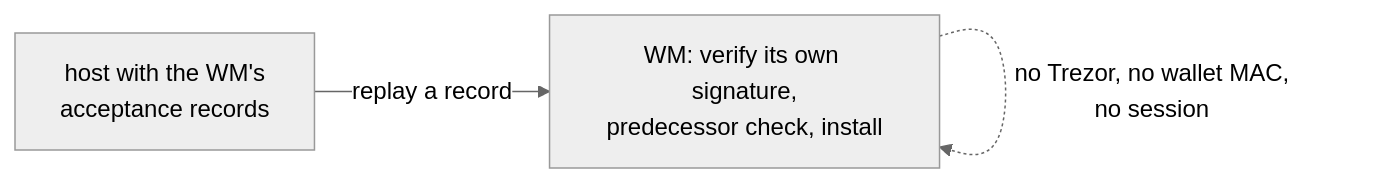
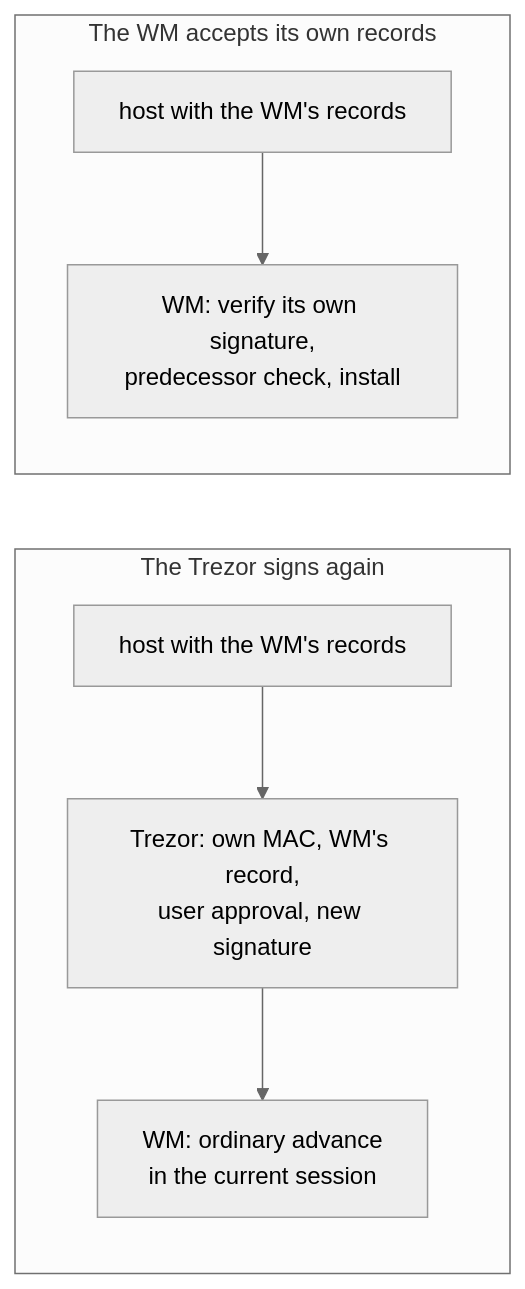
One commit to trezor/trezor-firmware changed the second of 2 diagrams in docs/ward/ward_roll_forward.md. Above: the diagram before and after it, drawn with Mermaid (neutral theme). The commit also changed other lines of this file, not shown here.

First line of the commit message:
docs(ward): roll-forward host role and the re-admission choice

````diff
--- a/docs/ward/ward_roll_forward.md
+++ b/docs/ward/ward_roll_forward.md
@@ -156,5 +145,9 @@
 ```mermaid
 flowchart LR
-    H["host with the WM's<br/>acceptance records"] -->|"replay a record"| M["WM: verify its own signature,<br/>predecessor check, install"]
-    M -.->|"no Trezor, no wallet MAC,<br/>no session"| M
+    subgraph chosen ["The Trezor signs again"]
+        H1["host with the WM's records"] --> T1["Trezor: own MAC, WM's record,<br/>user approval, new signature"] --> M1["WM: ordinary advance<br/>in the current session"]
+    end
+    subgraph other ["The WM accepts its own records"]
+        H2["host with the WM's records"] --> M2["WM: verify its own signature,<br/>predecessor check, install"]
+    end
 ```
````
